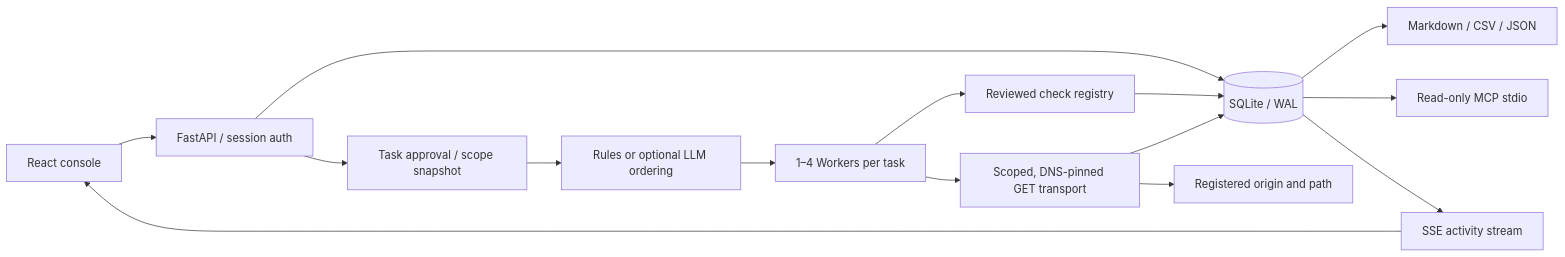
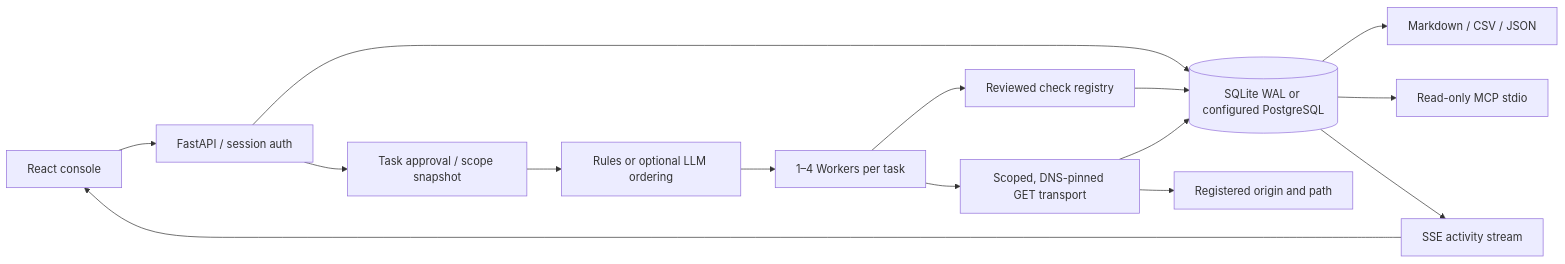
Before and after one commit to SoonGwan/open-aegis: the diagram in docs/ARCHITECTURE.md, drawn with Mermaid. The commit also changed other lines of this file and 14 other files, not shown here.

Commit message:
Run the HTTP app on explicitly configured native PostgreSQL storage

````diff
--- a/docs/ARCHITECTURE.md
+++ b/docs/ARCHITECTURE.md
@@ -3,17 +3,17 @@
 ```mermaid
 flowchart LR
   UI[React console] --> API[FastAPI / session auth]
-  API --> DB[(SQLite / WAL)]
+  API --> DB[(SQLite WAL or configured PostgreSQL)]
   API --> Gate[Task approval / scope snapshot]
   Gate --> Planner[Rules or optional LLM ordering]
   Planner --> Workers[1–4 Workers per task]
   Workers --> Transport[Scoped, DNS-pinned GET transport]
   Transport --> Target[Registered origin and path]
   Workers --> Checks[Reviewed check registry]
   Checks --> DB
   Transport --> DB
   DB --> Reports[Markdown / CSV / JSON]
   DB --> MCP[Read-only MCP stdio]
   DB --> Events[SSE activity stream]
   Events --> UI
 ```
````
